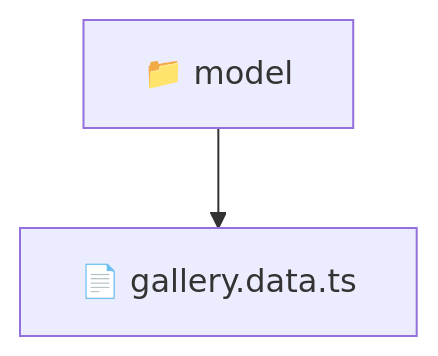
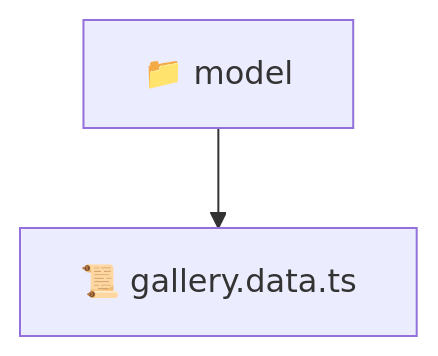
Before and after one commit to beginwebdev2002/fullstack-mavluda: the diagram in frontend/src/features/gallery/model/README.md, drawn with Mermaid. The commit also changed other lines of this file and 163 other files, not shown here.

````diff
--- a/frontend/src/features/gallery/model/README.md
+++ b/frontend/src/features/gallery/model/README.md
@@ -11,5 +11,5 @@
 ```mermaid
 graph TD
-  Root["📁 model"]
-  Root --> gallery_data_ts["📄 gallery.data.ts"]
+  model["📁 model"]
+  model --> gallery_data_ts["📜 gallery.data.ts"]
 ```
````
